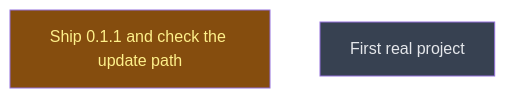
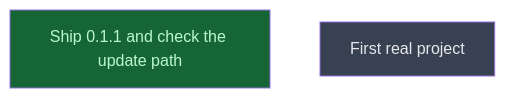
Before and after one commit to CrackingShells/Murmuration: the diagram in __roadmap__/claude_code_release/next/next/next/next/next/README.md, drawn with Mermaid. The commit also changed other lines of this file and 1 other file, not shown here.

Commit message:
docs(roadmap): record the 0.1.1 push and the update from Nest

````diff
--- a/__roadmap__/claude_code_release/next/next/next/next/next/README.md
+++ b/__roadmap__/claude_code_release/next/next/next/next/next/README.md
@@ -16,10 +16,10 @@
 ```mermaid
 graph TD
-    ship_update[Ship 0.1.1 and check the update path]:::inprogress
+    ship_update[Ship 0.1.1 and check the update path]:::done
     next[First real project]:::planned
     classDef done       fill:#166534,color:#bbf7d0
     classDef inprogress fill:#854d0e,color:#fef08a
     classDef planned    fill:#374151,color:#e5e7eb
     classDef amendment  fill:#1e3a5f,color:#bfdbfe
     classDef blocked    fill:#7f1d1d,color:#fecaca
 ```
````
